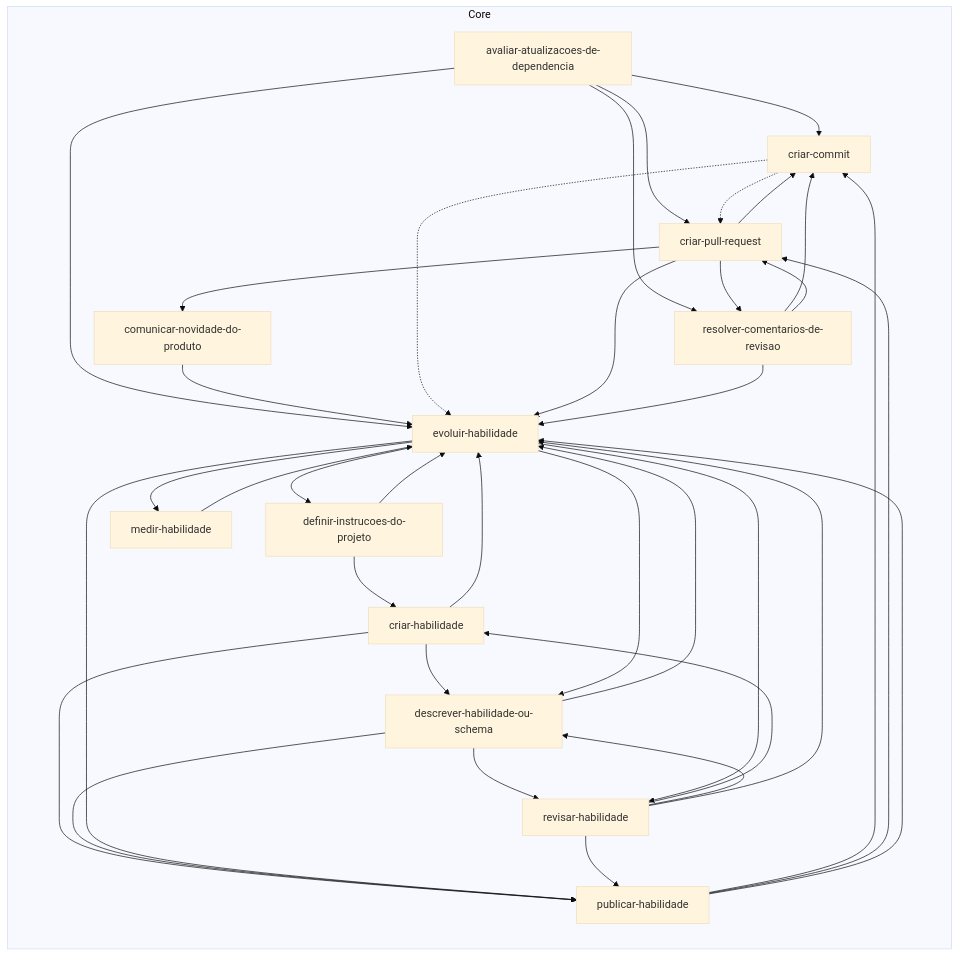
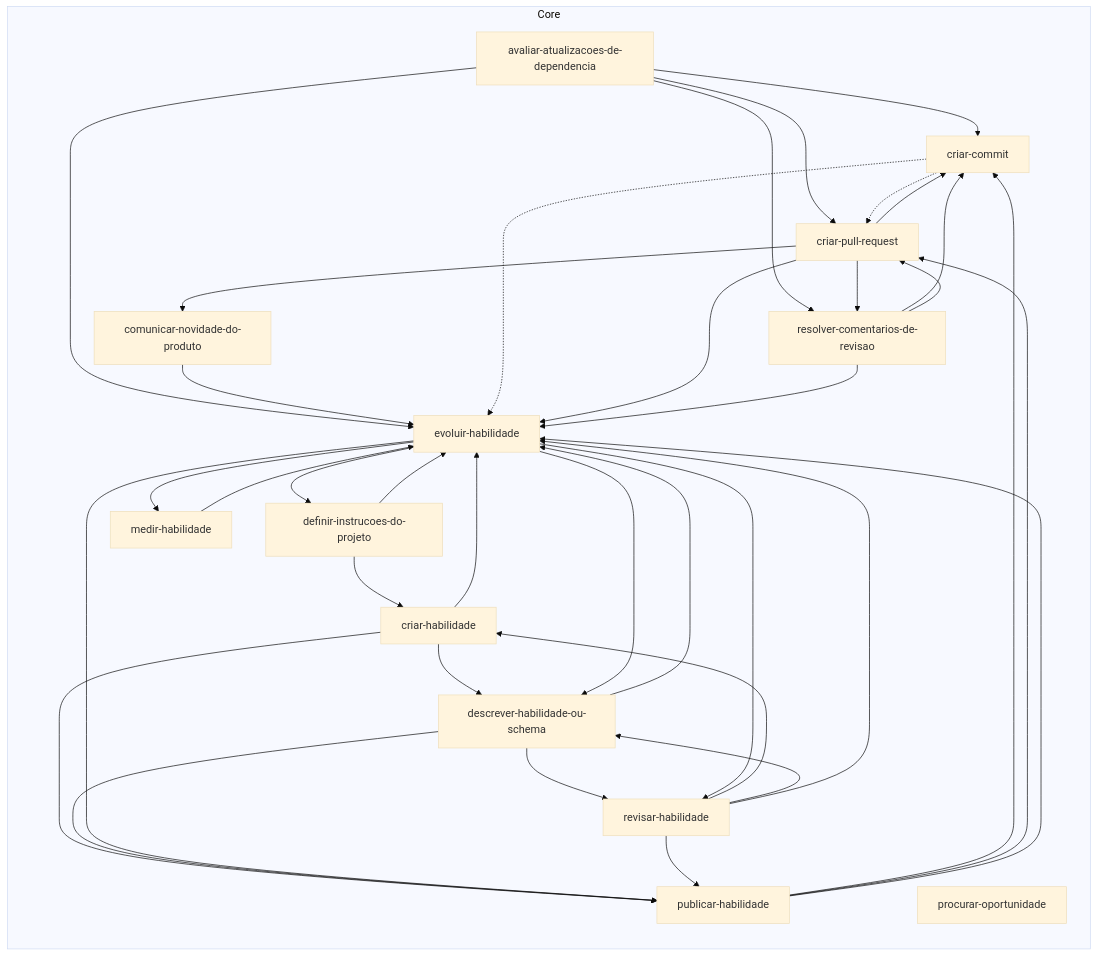
Before and after one commit to jimmyandrade/harness: the diagram in .agents/skills/README.md, drawn with Mermaid (base theme). The commit also changed 4 other files, not shown here.

First line of the commit message:
feat(procurar-oportunidade)!: move the skill to the core

````diff
--- a/.agents/skills/README.md
+++ b/.agents/skills/README.md
@@ -11,52 +11,53 @@
 ```mermaid
 flowchart LR
   subgraph core["Core"]
     avaliar_atualizacoes_de_dependencia["avaliar-atualizacoes-de-dependencia"]
     comunicar_novidade_do_produto["comunicar-novidade-do-produto"]
     criar_commit["criar-commit"]
     criar_habilidade["criar-habilidade"]
     criar_pull_request["criar-pull-request"]
     definir_instrucoes_do_projeto["definir-instrucoes-do-projeto"]
     descrever_habilidade_ou_schema["descrever-habilidade-ou-schema"]
     evoluir_habilidade["evoluir-habilidade"]
     medir_habilidade["medir-habilidade"]
+    procurar_oportunidade["procurar-oportunidade"]
     publicar_habilidade["publicar-habilidade"]
     resolver_comentarios_de_revisao["resolver-comentarios-de-revisao"]
     revisar_habilidade["revisar-habilidade"]
   end
   avaliar_atualizacoes_de_dependencia --> criar_commit
   avaliar_atualizacoes_de_dependencia --> criar_pull_request
   avaliar_atualizacoes_de_dependencia --> evoluir_habilidade
   avaliar_atualizacoes_de_dependencia --> resolver_comentarios_de_revisao
   comunicar_novidade_do_produto --> evoluir_habilidade
   criar_commit -.-> criar_pull_request
   criar_commit -.-> evoluir_habilidade
   criar_habilidade --> descrever_habilidade_ou_schema
   criar_habilidade --> evoluir_habilidade
   criar_habilidade --> publicar_habilidade
   criar_pull_request --> comunicar_novidade_do_produto
   criar_pull_request --> criar_commit
   criar_pull_request --> evoluir_habilidade
   criar_pull_request --> resolver_comentarios_de_revisao
   definir_instrucoes_do_projeto --> criar_habilidade
   definir_instrucoes_do_projeto --> evoluir_habilidade
   descrever_habilidade_ou_schema --> evoluir_habilidade
   descrever_habilidade_ou_schema --> publicar_habilidade
   descrever_habilidade_ou_schema --> revisar_habilidade
   evoluir_habilidade --> definir_instrucoes_do_projeto
   evoluir_habilidade --> descrever_habilidade_ou_schema
   evoluir_habilidade --> medir_habilidade
   evoluir_habilidade --> publicar_habilidade
   evoluir_habilidade --> revisar_habilidade
   medir_habilidade --> evoluir_habilidade
   publicar_habilidade --> criar_commit
   publicar_habilidade --> criar_pull_request
   publicar_habilidade --> evoluir_habilidade
   resolver_comentarios_de_revisao --> criar_commit
   resolver_comentarios_de_revisao --> criar_pull_request
   resolver_comentarios_de_revisao --> evoluir_habilidade
   revisar_habilidade --> criar_habilidade
   revisar_habilidade --> descrever_habilidade_ou_schema
   revisar_habilidade --> evoluir_habilidade
   revisar_habilidade --> publicar_habilidade
 ```
````
